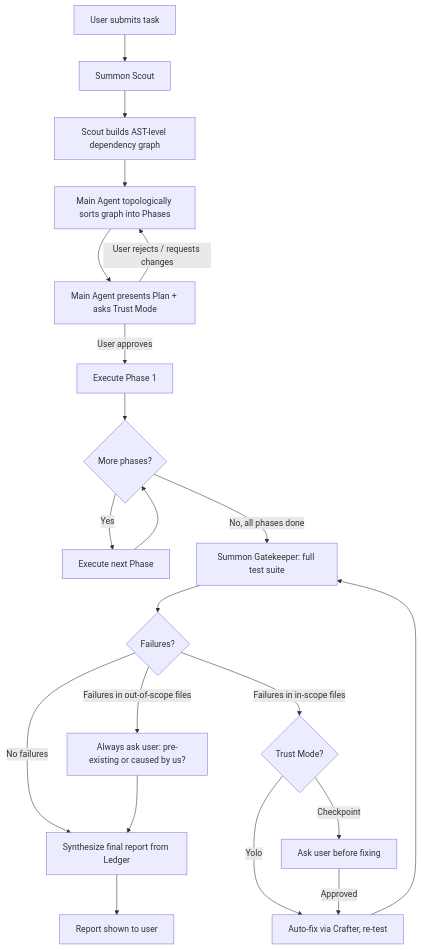
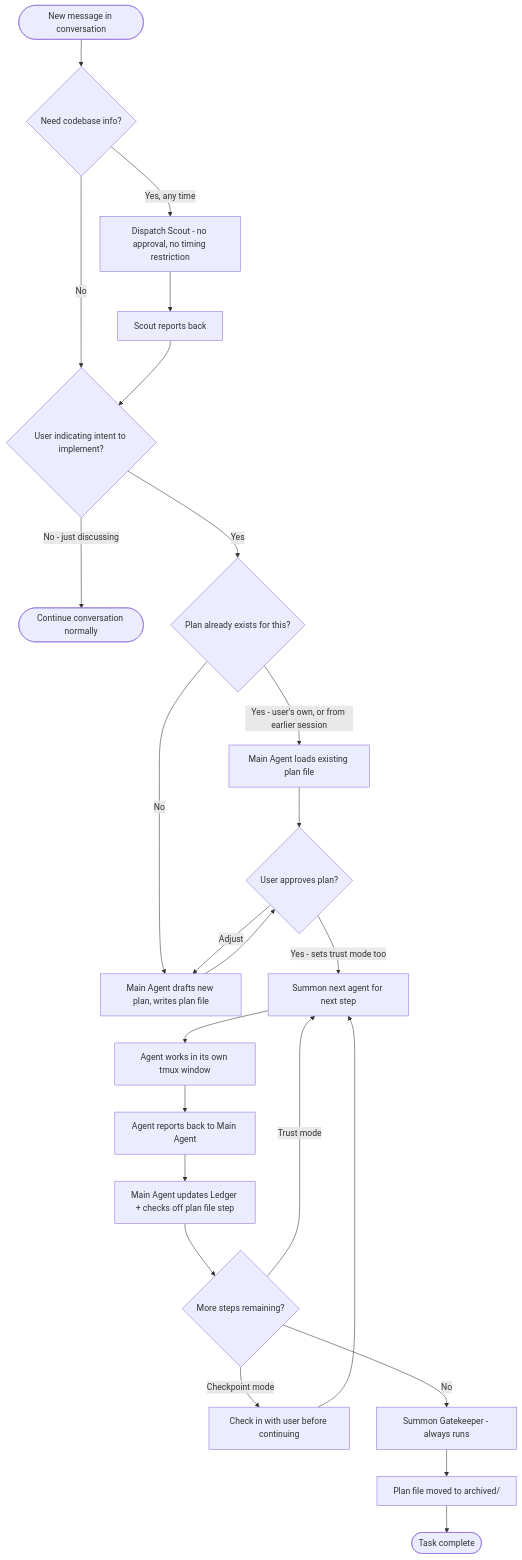
One commit to bawas07/pi-summoner changed the first of 7 diagrams in docs/flow.md. Above: the diagram before and after it, drawn with Mermaid. The commit also changed other lines of this file and 49 other files, not shown here.

First line of the commit message:
feat: Phase 1 core loop — ambient multi-agent orchestrator

````diff
--- a/docs/flow.md
+++ b/docs/flow.md
@@ -7,23 +20,26 @@
 ```mermaid
 flowchart TD
-    A[User submits task] --> B[Summon Scout]
-    B --> C[Scout builds AST-level dependency graph]
-    C --> D[Main Agent topologically sorts graph into Phases]
-    D --> E[Main Agent presents Plan + asks Trust Mode]
-    E -->|User rejects / requests changes| D
-    E -->|User approves| F[Execute Phase 1]
-    F --> G{More phases?}
-    G -->|Yes| H[Execute next Phase]
-    H --> G
-    G -->|No, all phases done| I[Summon Gatekeeper: full test suite]
-    I --> J{Failures?}
-    J -->|No failures| K[Synthesize final report from Ledger]
-    J -->|Failures in in-scope files| L{Trust Mode?}
-    L -->|Yolo| M[Auto-fix via Crafter, re-test]
-    L -->|Checkpoint| N[Ask user before fixing]
-    M --> I
-    N -->|Approved| M
-    J -->|Failures in out-of-scope files| O[Always ask user: pre-existing or caused by us?]
-    O --> K
-    K --> P[Report shown to user]
+    Turn([New message in conversation]) --> NeedScout{Need codebase info?}
+    NeedScout -->|Yes, any time| Scout[Dispatch Scout - no approval, no timing restriction]
+    NeedScout -->|No| Intent
+    Scout --> Report1[Scout reports back]
+    Report1 --> Intent{User indicating intent to implement?}
+    Intent -->|No - just discussing| Continue([Continue conversation normally])
+    Intent -->|Yes| ExistingPlan{Plan already exists for this?}
+    ExistingPlan -->|Yes - user's own, or from earlier session| Load[Main Agent loads existing plan file]
+    ExistingPlan -->|No| Draft[Main Agent drafts new plan, writes plan file]
+    Load --> Approve
+    Draft --> Approve{User approves plan?}
+    Approve -->|Adjust| Draft
+    Approve -->|Yes - sets trust mode too| Loop[Summon next agent for next step]
+    Loop --> Work[Agent works in its own tmux window]
+    Work --> Report2[Agent reports back to Main Agent]
+    Report2 --> Ledger[Main Agent updates Ledger + checks off plan file step]
+    Ledger --> More{More steps remaining?}
+    More -->|Checkpoint mode| Confirm[Check in with user before continuing]
+    Confirm --> Loop
+    More -->|Trust mode| Loop
+    More -->|No| Gatekeeper[Summon Gatekeeper - always runs]
+    Gatekeeper --> Archive[Plan file moved to archived/]
+    Archive --> Done([Task complete])
 ```
````
